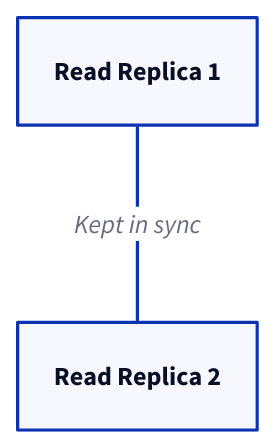
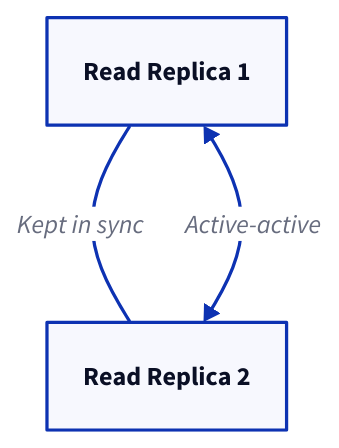
The second of 4 diagrams in src/agent/context/connections.md (alexkrauss/diagram-agent), drawn with D2 before and after one commit. The commit also changed 8 other files, not shown here.

````diff
--- a/src/agent/context/connections.md
+++ b/src/agent/context/connections.md
@@ -17,3 +17,4 @@
 ```d2
 Read Replica 1 -- Read Replica 2: Kept in sync
+Read Replica 1 <-> Read Replica 2: Active-active
 ```
````
